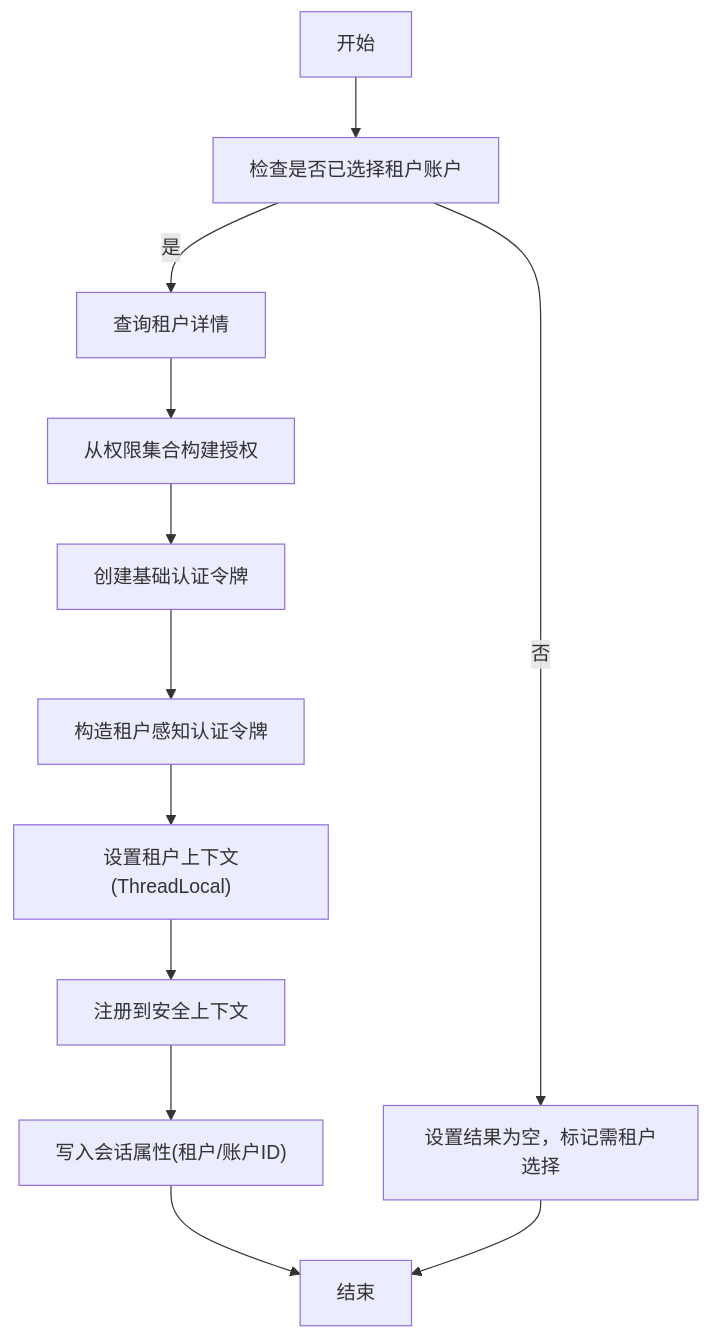
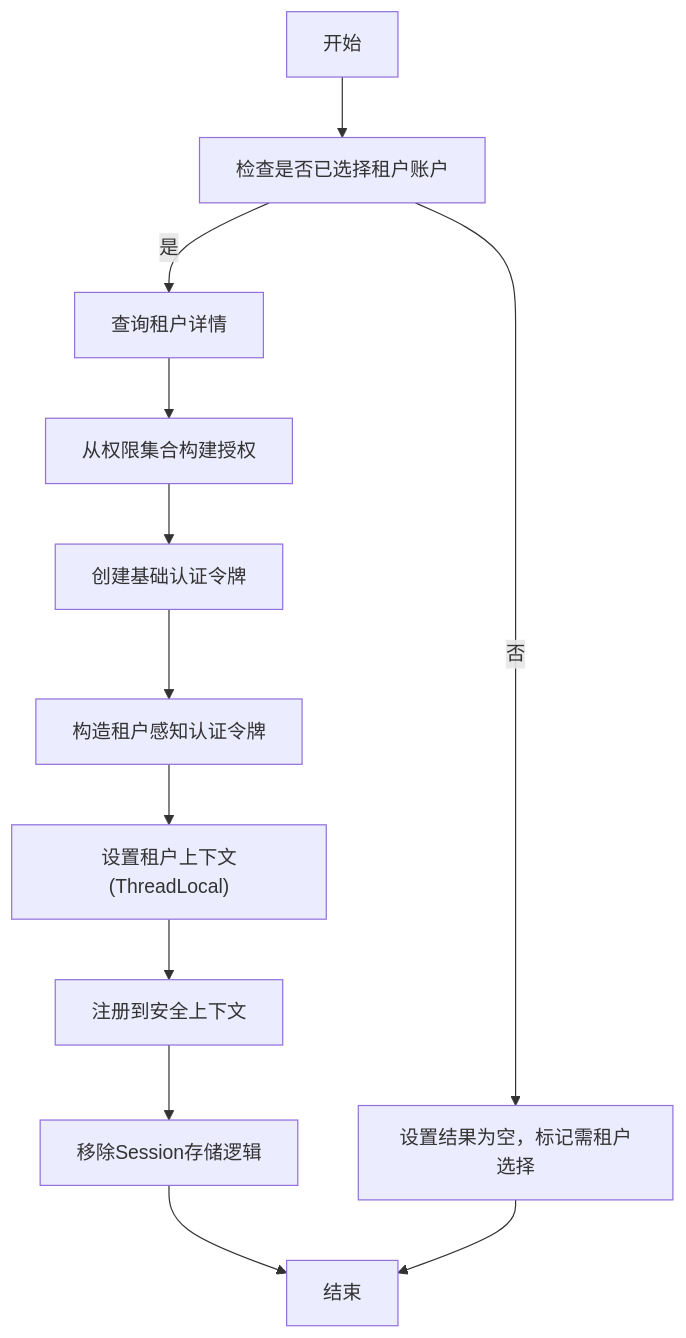
Before and after one commit to fq0121104930716/iam-platform: the fifth of 9 diagrams in .qoder/repowiki/zh/content/认证与授权/认证管道.md, drawn with Mermaid. The commit also changed other lines of this file and 13 other files, not shown here.

````diff
--- a/.qoder/repowiki/zh/content/认证与授权/认证管道.md
+++ b/.qoder/repowiki/zh/content/认证与授权/认证管道.md
@@ -187,14 +223,14 @@
 ```mermaid
 flowchart TD
 A["开始"] --> B["检查是否已选择租户账户"]
 B --> |否| C["设置结果为空，标记需租户选择"]
 B --> |是| D["查询租户详情"]
 D --> E["从权限集合构建授权"]
 E --> F["创建基础认证令牌"]
 F --> G["构造租户感知认证令牌"]
 G --> H["设置租户上下文(ThreadLocal)"]
 H --> I["注册到安全上下文"]
-I --> J["写入会话属性(租户/账户ID)"]
+I --> J["移除Session存储逻辑"]
 J --> K["结束"]
 C --> K
 ```
````
